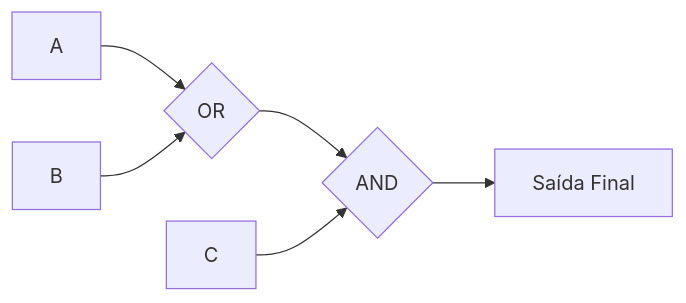
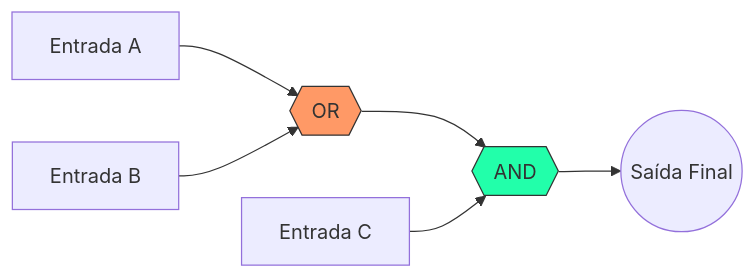
One commit to ricardotecpro/ads_mod_01_fundamentos_da_computacao changed the diagram in docs/aulas/aula-09.md. Above: the diagram before and after it, drawn with Mermaid. The commit also changed other lines of this file and 31 other files, not shown here.

````diff
--- a/docs/aulas/aula-09.md
+++ b/docs/aulas/aula-09.md
@@ -68,8 +49,10 @@
 ```mermaid
 graph LR
-    A[A] --> OR{OR}
-    B[B] --> OR
-    OR --> AND{AND}
-    C[C] --> AND
-    AND --> S[Saída Final]
+    A["Entrada A"] --> OR{{"OR"}}
+    B["Entrada B"] --> OR
+    OR --> AND{{"AND"}}
+    C["Entrada C"] --> AND
+    AND --> S(("Saída Final"))
+    style OR fill:#f96,stroke:#333
+    style AND fill:#2fa,stroke:#333
 ```
````
